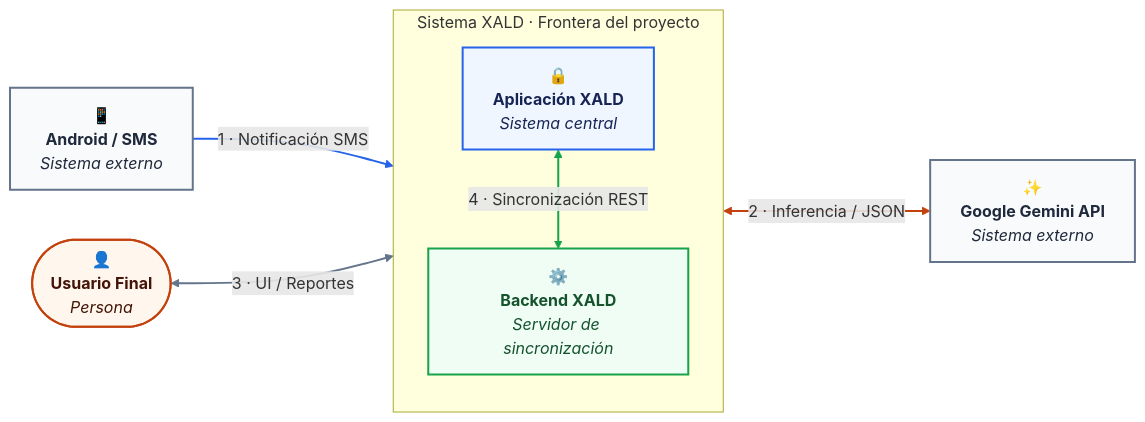
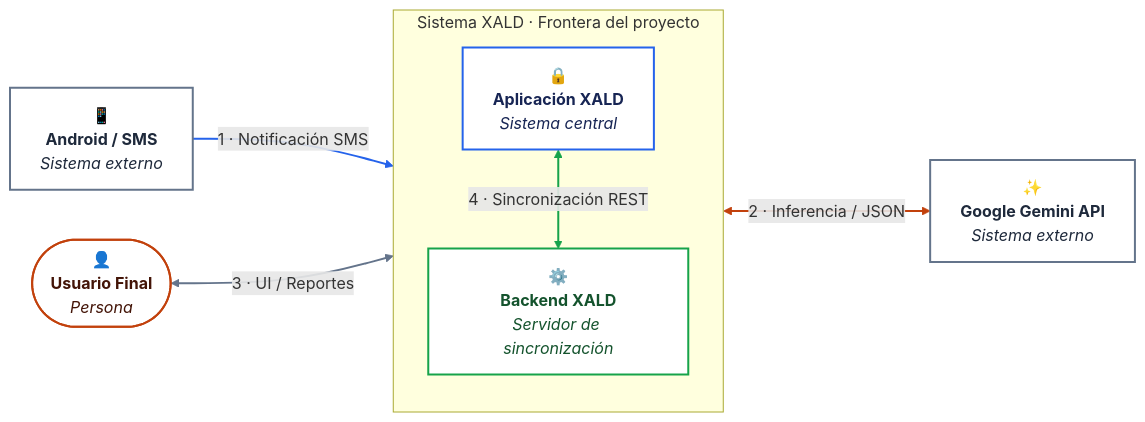
One commit to ISCOUTB/AS_202620_XALD changed the diagram in docs/c4/c4.md. Above: the diagram before and after it, drawn with Mermaid. The commit also changed other lines of this file, not shown here.

Commit message:
docs(c4): make mermaid containers white with colored borders to match C1 style

````diff
--- a/docs/c4/c4.md
+++ b/docs/c4/c4.md
@@ -9,27 +9,27 @@
 ```mermaid
 flowchart LR
     User(["👤<br/><b>Usuario Final</b><br/><i>Persona</i>"])
     Android["📱<br/><b>Android / SMS</b><br/><i>Sistema externo</i>"]
     subgraph sistema["Sistema XALD · Frontera del proyecto"]
         direction TB
         XALD["🔒<br/><b>Aplicación XALD</b><br/><i>Sistema central</i>"]
         Backend["⚙️<br/><b>Backend XALD</b><br/><i>Servidor de sincronización</i>"]
         XALD <-->|"4 · Sincronización REST"| Backend
     end
     Gemini["✨<br/><b>Google Gemini API</b><br/><i>Sistema externo</i>"]
     Android -->|"1 · Notificación SMS"| XALD
     XALD <-->|"2 · Inferencia / JSON"| Gemini
     User <-->|"3 · UI / Reportes"| XALD
-    classDef person fill:#fff7ed,stroke:#c2410c,stroke-width:2px,color:#431407
-    classDef central fill:#eff6ff,stroke:#2563eb,stroke-width:2px,color:#172554
-    classDef backend fill:#f0fdf4,stroke:#16a34a,stroke-width:2px,color:#14532d
-    classDef external fill:#f8fafc,stroke:#64748b,stroke-width:2px,color:#1e293b
+    classDef person fill:#ffffff,stroke:#c2410c,stroke-width:2px,color:#431407
+    classDef central fill:#ffffff,stroke:#2563eb,stroke-width:2px,color:#172554
+    classDef backend fill:#ffffff,stroke:#16a34a,stroke-width:2px,color:#14532d
+    classDef external fill:#ffffff,stroke:#64748b,stroke-width:2px,color:#1e293b
     class User person
     class XALD central
     class Backend backend
     class Android,Gemini external
     linkStyle 0 stroke:#16a34a,stroke-width:2px
     linkStyle 1 stroke:#2563eb,stroke-width:2px
     linkStyle 2 stroke:#c2410c,stroke-width:2px
     linkStyle 3 stroke:#64748b,stroke-width:2px
 ```
````
